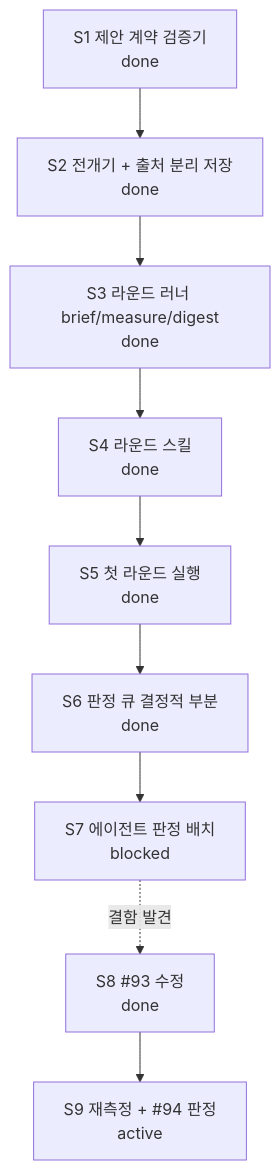
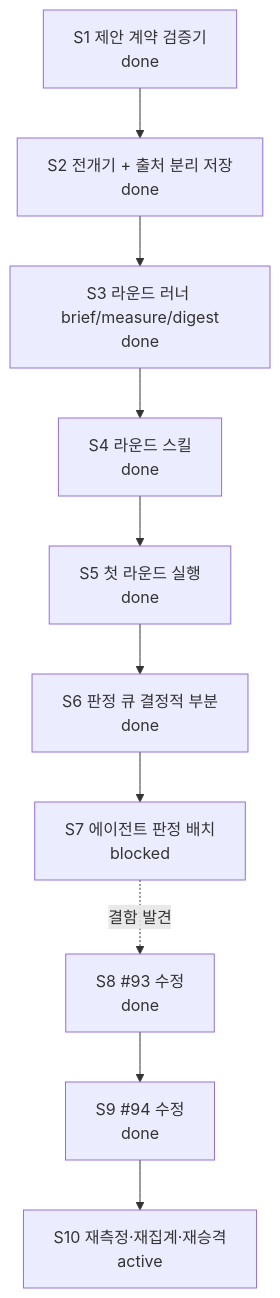
Before and after one commit to skerfolg/poe2-ai-wiki: the diagram in docs/CURRENT-PLAN.md, drawn with Mermaid. The commit also changed other lines of this file and 4 other files, not shown here.

````diff
--- a/docs/CURRENT-PLAN.md
+++ b/docs/CURRENT-PLAN.md
@@ -23,14 +23,15 @@
 ```mermaid
 flowchart TD
   CONTRACT[S1 제안 계약 검증기<br/>done]
   FLOW[S2 전개기 + 출처 분리 저장<br/>done]
   ROUND[S3 라운드 러너 brief/measure/digest<br/>done]
   SKILL[S4 라운드 스킬<br/>done]
   FIRST[S5 첫 라운드 실행<br/>done]
   NECESS[S6 판정 큐 결정적 부분<br/>done]
   JUDGE[S7 에이전트 판정 배치<br/>blocked]
   FIX[S8 #93 수정<br/>done]
-  REMEAS[S9 재측정 + #94 판정<br/>active]
+  REMEAS[S9 #94 수정<br/>done]
+  REAGG[S10 재측정·재집계·재승격<br/>active]
   CONTRACT --> FLOW --> ROUND --> SKILL --> FIRST --> NECESS --> JUDGE
-  JUDGE -. 결함 발견 .-> FIX --> REMEAS
+  JUDGE -. 결함 발견 .-> FIX --> REMEAS --> REAGG
 ```
````
